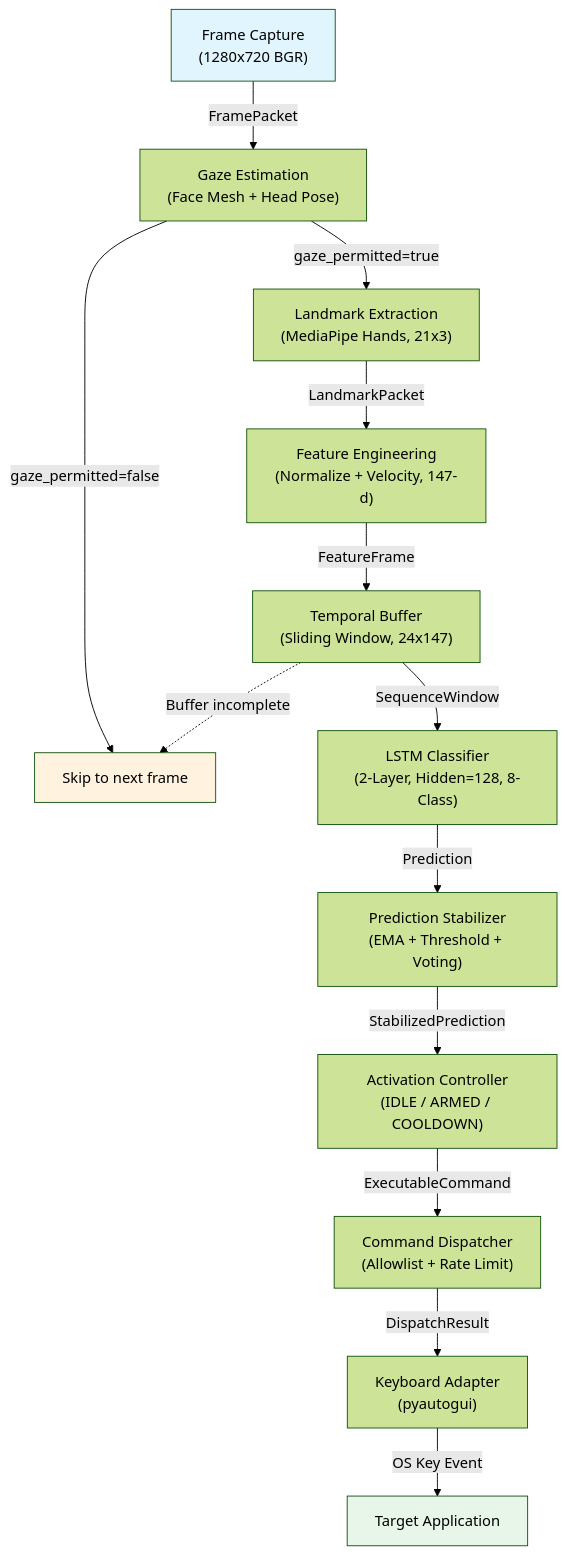
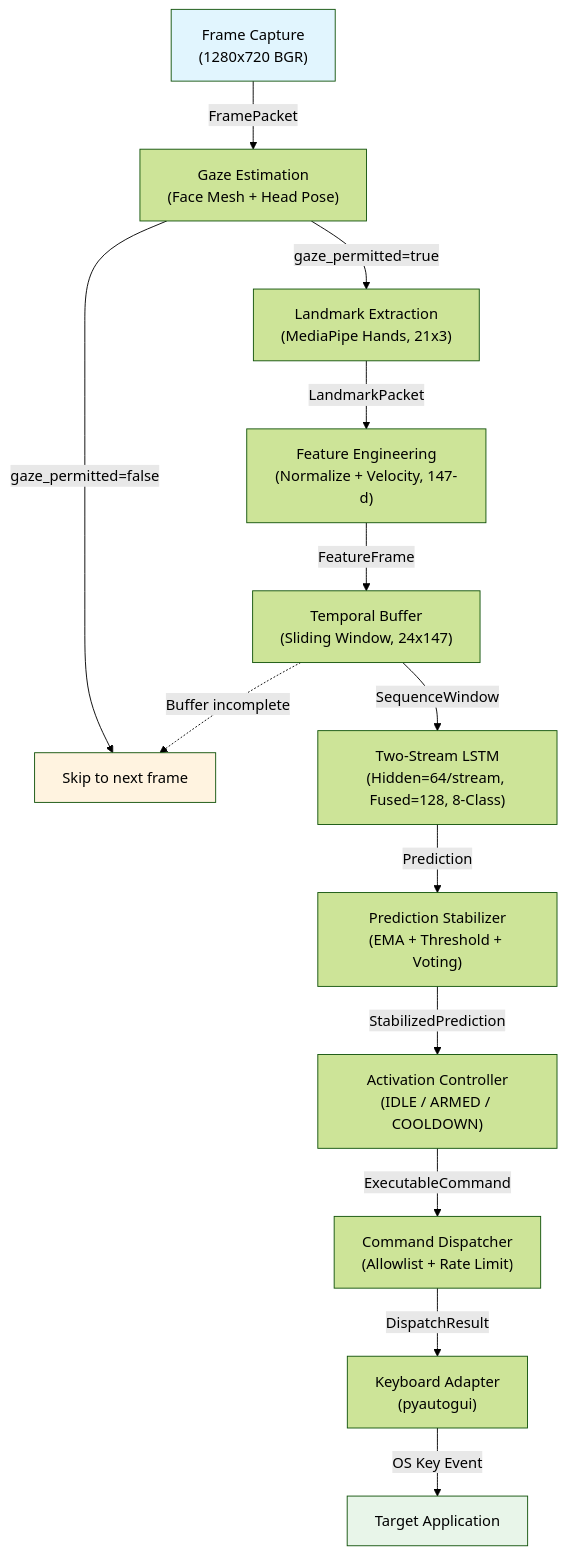
The first of 2 diagrams in docs/architecture/data-flow.md (ntsrigaud/Maestro), drawn with Mermaid (forest theme) before and after one commit. The commit also changed other lines of this file, not shown here.

First line of the commit message:
docs: align data flow architecture with two-stream LSTM and adapter

````diff
--- a/docs/architecture/data-flow.md
+++ b/docs/architecture/data-flow.md
@@ -9,20 +9,20 @@
 ```mermaid
 graph TD
     A["Frame Capture<br/>(1280x720 BGR)"] -->|FramePacket| B["Gaze Estimation<br/>(Face Mesh + Head Pose)"]
     B -->|gaze_permitted=false| Z["Skip to next frame"]
     B -->|gaze_permitted=true| C["Landmark Extraction<br/>(MediaPipe Hands, 21x3)"]
     C -->|LandmarkPacket| D["Feature Engineering<br/>(Normalize + Velocity, 147-d)"]
     D -->|FeatureFrame| E["Temporal Buffer<br/>(Sliding Window, 24x147)"]
-    E -->|SequenceWindow| F["LSTM Classifier<br/>(2-Layer, Hidden=128, 8-Class)"]
+    E -->|SequenceWindow| F["Two-Stream LSTM<br/>(Hidden=64/stream, Fused=128, 8-Class)"]
     F -->|Prediction| G["Prediction Stabilizer<br/>(EMA + Threshold + Voting)"]
     G -->|StabilizedPrediction| H["Activation Controller<br/>(IDLE / ARMED / COOLDOWN)"]
     H -->|ExecutableCommand| I["Command Dispatcher<br/>(Allowlist + Rate Limit)"]
     I -->|DispatchResult| J["Keyboard Adapter<br/>(pyautogui)"]
     J -->|OS Key Event| K["Target Application"]
 
     E -.->|Buffer incomplete| Z
 
     style A fill:#e1f5fe
     style K fill:#e8f5e9
     style Z fill:#fff3e0
 ```
````
